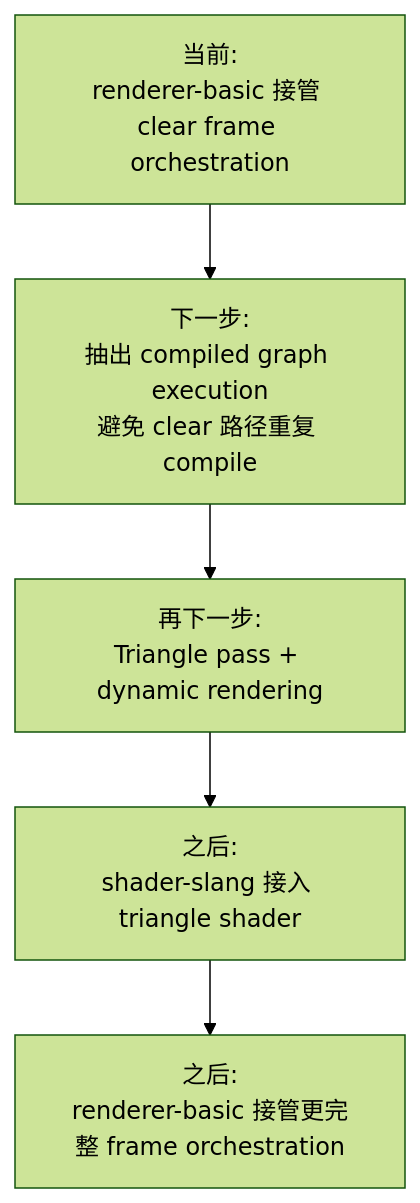
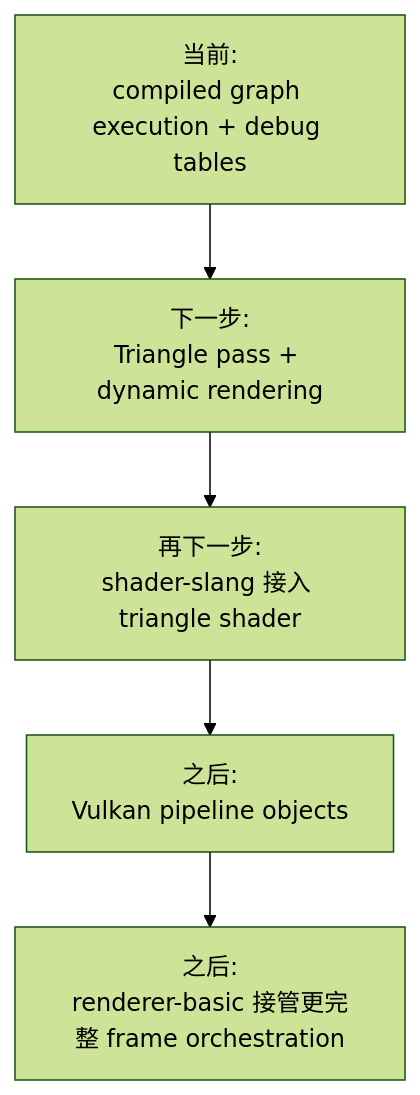
The seventh of 7 diagrams in docs/flow-architecture.md (66six11/Engine), drawn with Mermaid (forest theme) before and after one commit. The commit also changed other lines of this file and 4 other files, not shown here.

Commit message:
Add render graph debug tables

````diff
--- a/docs/flow-architecture.md
+++ b/docs/flow-architecture.md
@@ -191,10 +194,10 @@
 ```mermaid
 flowchart TD
-    Now["当前:<br/>renderer-basic 接管 clear frame orchestration"]
-    Step1["下一步:<br/>抽出 compiled graph execution<br/>避免 clear 路径重复 compile"]
-    Step2["再下一步:<br/>Triangle pass + dynamic rendering"]
-    Step3["之后:<br/>shader-slang 接入 triangle shader"]
+    Now["当前:<br/>compiled graph execution + debug tables"]
+    Step1["下一步:<br/>Triangle pass + dynamic rendering"]
+    Step2["再下一步:<br/>shader-slang 接入 triangle shader"]
+    Step3["之后:<br/>Vulkan pipeline objects"]
     Step4["之后:<br/>renderer-basic 接管更完整 frame orchestration"]
 
     Now --> Step1 --> Step2 --> Step3 --> Step4
 ```
````
